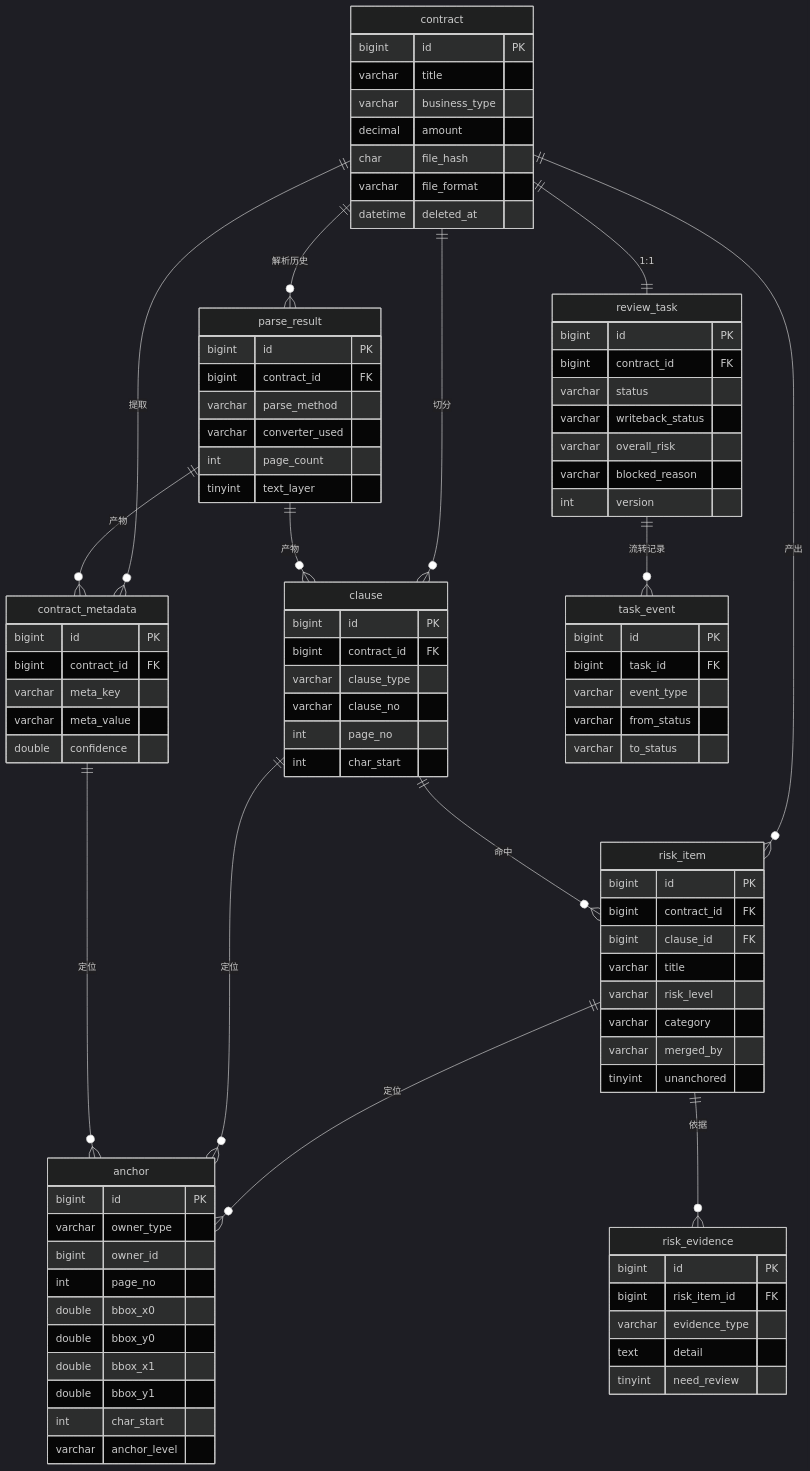
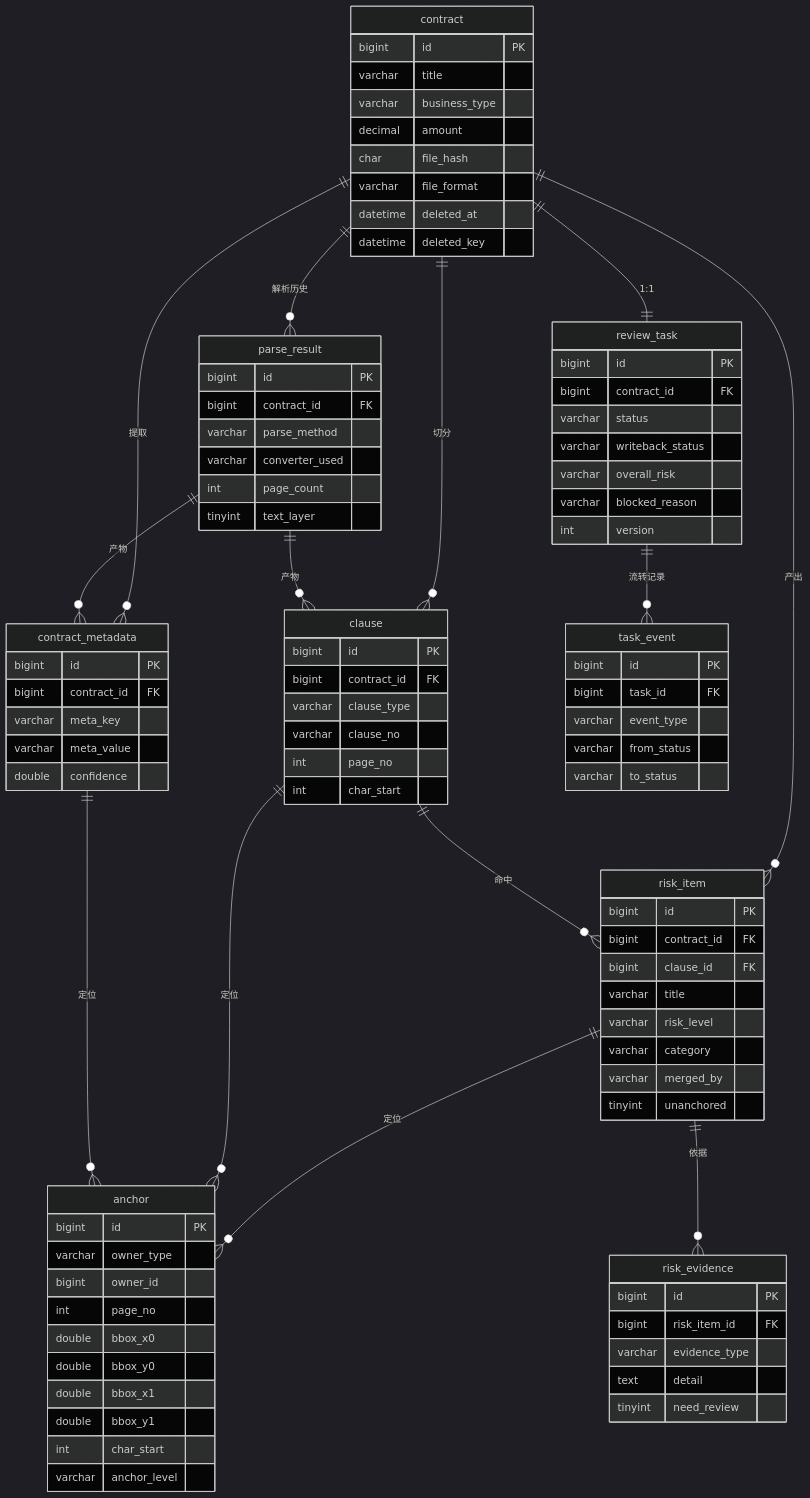
Before and after one commit to of53052/contract-approval-and-review-system: the first of 7 diagrams in docs/data-model.md, drawn with Mermaid (dark theme). The commit also changed other lines of this file, not shown here.

```diff
--- a/docs/data-model.md
+++ b/docs/data-model.md
@@ -223,6 +223,7 @@
         char file_hash
         varchar file_format
         datetime deleted_at
+        datetime deleted_key
     }
     review_task {
         bigint id PK
```
